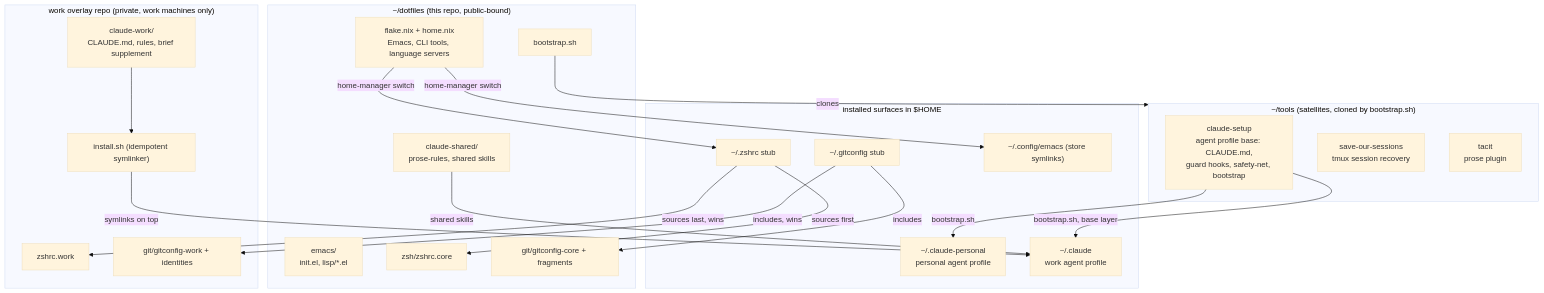
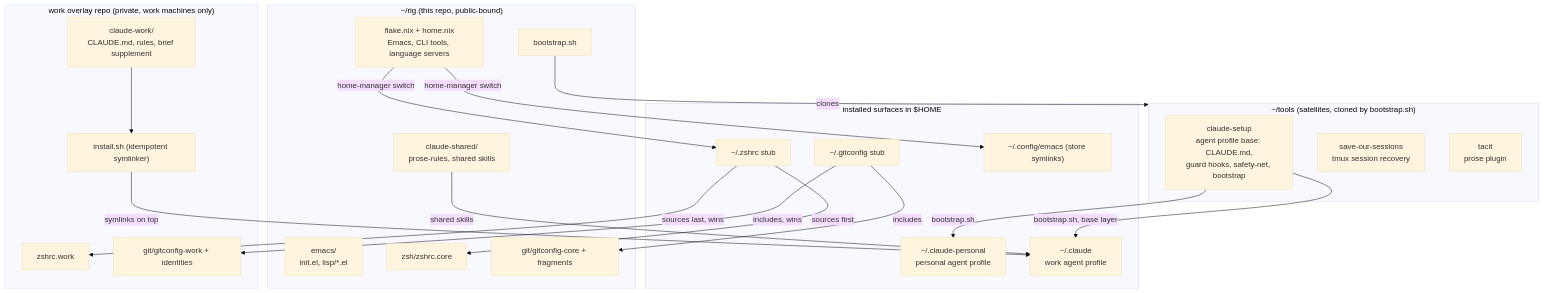
The diagram in docs/ARCHITECTURE.md (dabd/dotfiles), drawn with Mermaid (base theme) before and after one commit. The commit also changed 9 other files, not shown here.

Commit message:
chore: rename repo to rig, move checkout to ~/rig

````diff
--- a/docs/ARCHITECTURE.md
+++ b/docs/ARCHITECTURE.md
@@ -8,45 +8,45 @@
 ```mermaid
 flowchart TB
-    subgraph core["~/dotfiles (this repo, public-bound)"]
+    subgraph core["~/rig (this repo, public-bound)"]
         flake["flake.nix + home.nix<br/>Emacs, CLI tools, language servers"]
         emacs["emacs/<br/>init.el, lisp/*.el"]
         zshcore["zsh/zshrc.core"]
         gitcore["git/gitconfig-core + fragments"]
         claudeshared["claude-shared/<br/>prose-rules, shared skills"]
         bootstrap["bootstrap.sh"]
     end
 
     subgraph tools["~/tools (satellites, cloned by bootstrap.sh)"]
         csetup["claude-setup<br/>agent profile base: CLAUDE.md,<br/>guard hooks, safety-net, bootstrap"]
         sos["save-our-sessions<br/>tmux session recovery"]
         tacit["tacit<br/>prose plugin"]
     end
 
     subgraph overlay["work overlay repo (private, work machines only)"]
         zshwork["zshrc.work"]
         gitwork["git/gitconfig-work + identities"]
         claudework["claude-work/<br/>CLAUDE.md, rules, brief supplement"]
         installsh["install.sh (idempotent symlinker)"]
     end
 
     subgraph home["installed surfaces in $HOME"]
         zshrc["~/.zshrc stub"]
         gitconfig["~/.gitconfig stub"]
         cfgemacs["~/.config/emacs (store symlinks)"]
         personalprofile["~/.claude-personal<br/>personal agent profile"]
         workprofile["~/.claude<br/>work agent profile"]
     end
 
     bootstrap -->|clones| tools
     flake -->|home-manager switch| cfgemacs
     flake -->|home-manager switch| zshrc
     zshrc -->|sources first| zshcore
     zshrc -->|sources last, wins| zshwork
     gitconfig -->|includes| gitcore
     gitconfig -->|includes, wins| gitwork
     csetup -->|bootstrap.sh| personalprofile
     csetup -->|bootstrap.sh, base layer| workprofile
     installsh -->|symlinks on top| workprofile
     claudework --> installsh
     claudeshared -->|shared skills| workprofile
 ```
````
